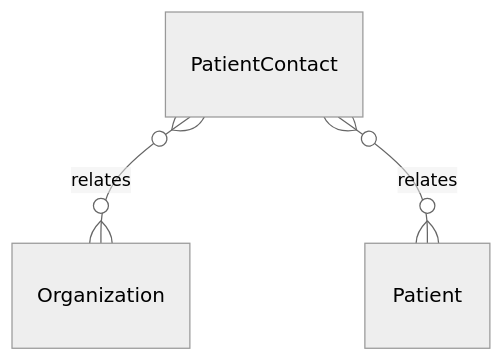
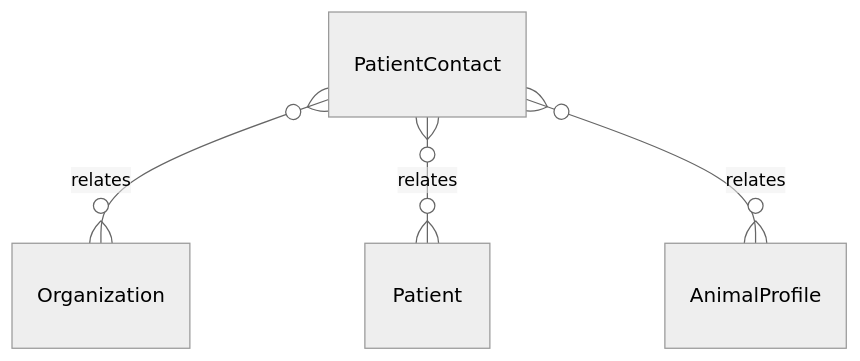
One commit to tejasnirala/rcln changed the diagram in .kb/Database/PatientContact.md. Above: the diagram before and after it, drawn with Mermaid (neutral theme). The commit also changed other lines of this file and 126 other files, not shown here.

````diff
--- a/.kb/Database/PatientContact.md
+++ b/.kb/Database/PatientContact.md
@@ -44,5 +46,6 @@
 ```mermaid
 erDiagram
     PatientContact }o--o{ Organization : relates
     PatientContact }o--o{ Patient : relates
+    PatientContact }o--o{ AnimalProfile : relates
 ```
````
